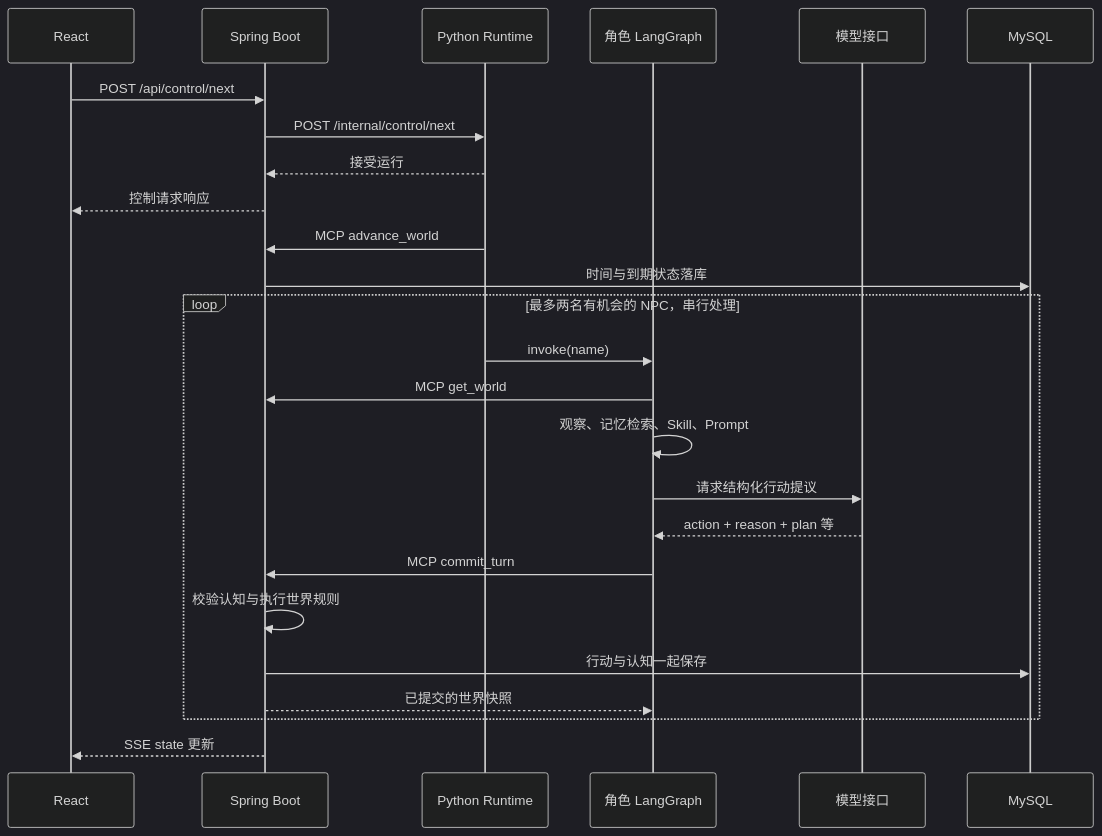
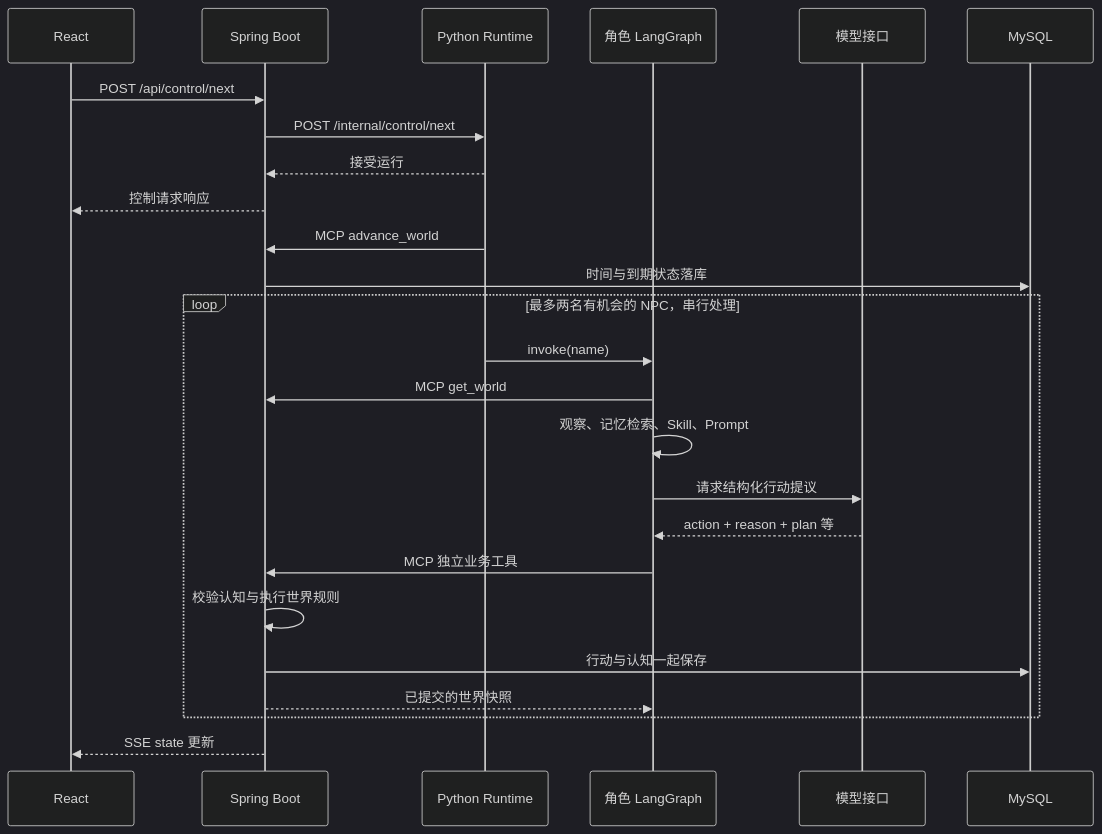
The second of 2 diagrams in docs/developer-guide.md (wb2467113791/NovelWorld), drawn with Mermaid (dark theme) before and after one commit. The commit also changed other lines of this file and 20 other files, not shown here.

````diff
--- a/docs/developer-guide.md
+++ b/docs/developer-guide.md
@@ -183,27 +183,27 @@
 ```mermaid
 sequenceDiagram
     participant U as React
     participant J as Spring Boot
     participant P as Python Runtime
     participant G as 角色 LangGraph
     participant L as 模型接口
     participant D as MySQL
     U->>J: POST /api/control/next
     J->>P: POST /internal/control/next
     P-->>J: 接受运行
     J-->>U: 控制请求响应
     P->>J: MCP advance_world
     J->>D: 时间与到期状态落库
     loop 最多两名有机会的 NPC，串行处理
         P->>G: invoke(name)
         G->>J: MCP get_world
         G->>G: 观察、记忆检索、Skill、Prompt
         G->>L: 请求结构化行动提议
         L-->>G: action + reason + plan 等
-        G->>J: MCP commit_turn
+        G->>J: MCP 独立业务工具
         J->>J: 校验认知与执行世界规则
         J->>D: 行动与认知一起保存
         J-->>G: 已提交的世界快照
     end
     J-->>U: SSE state 更新
 ```
````
